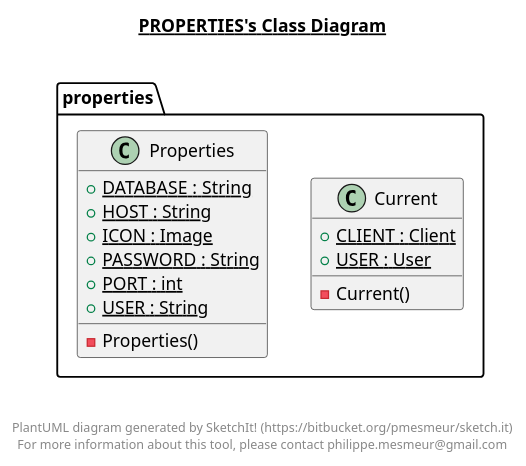
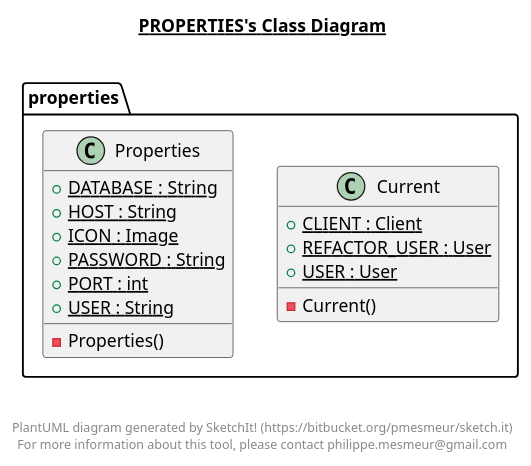
The diagram in src/properties/properties.plantuml (psychosis1/Work-Practice), drawn with PlantUML before and after one commit. The commit also changed 35 other files, not shown here.

```diff
--- a/src/properties/properties.plantuml
+++ b/src/properties/properties.plantuml
@@ -1,36 +1,37 @@
 @startuml
 
 title __PROPERTIES's Class Diagram__\n
 
   namespace properties {
     class properties.Current {
         {static} + CLIENT : Client
+        {static} + REFACTOR_USER : User
         {static} + USER : User
         - Current()
     }
   }
   
 
   namespace properties {
     class properties.Properties {
         {static} + DATABASE : String
         {static} + HOST : String
         {static} + ICON : Image
         {static} + PASSWORD : String
         {static} + PORT : int
         {static} + USER : String
         - Properties()
     }
   }
   
 
 
 
 right footer
 
 
 PlantUML diagram generated by SketchIt! (https://bitbucket.org/pmesmeur/sketch.it)
 For more information about this tool, please contact philippe.mesmeur@gmail.com
 endfooter
 
 @enduml
```
